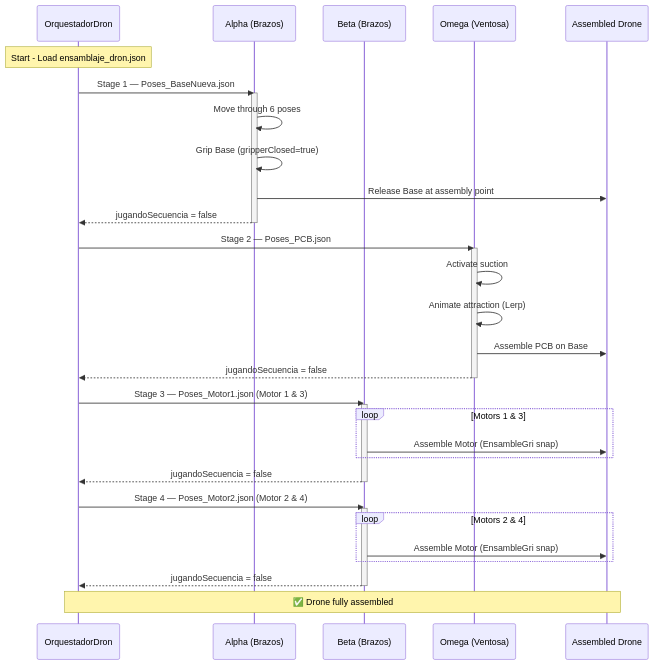
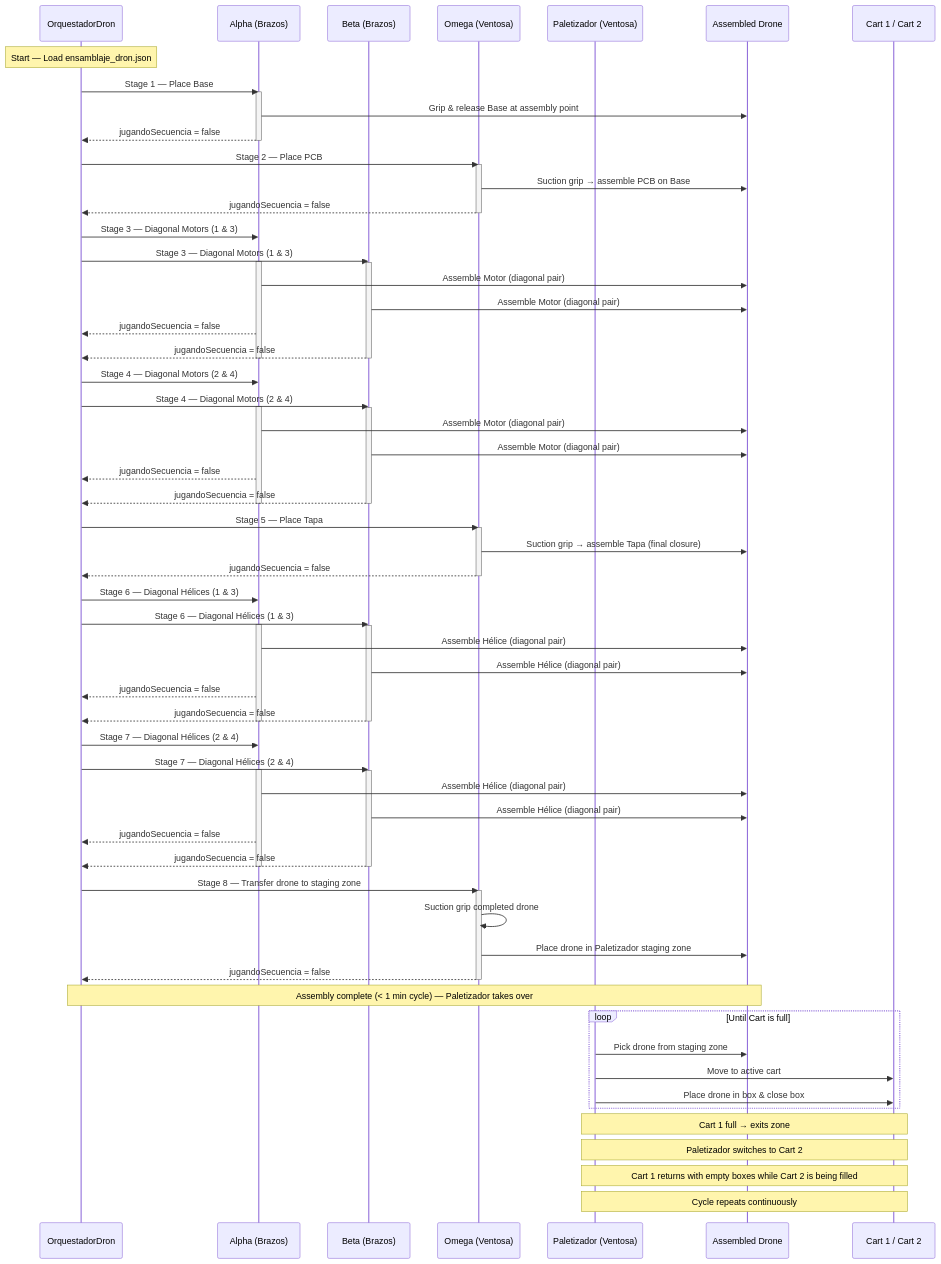
The second of 6 diagrams in README.md (jorgefajardom-coder/drone-packaging-simulation-unity), drawn with Mermaid before and after one commit. The commit also changed other lines of this file, not shown here.

````diff
--- a/README.md
+++ b/README.md
@@ -163,41 +179,91 @@
     participant A as Alpha (Brazos)
     participant B as Beta (Brazos)
     participant W as Omega (Ventosa)
+    participant P as Paletizador (Ventosa)
     participant D as Assembled Drone
-    
-    Note over O: Start - Load ensamblaje_dron.json
-    
-    O->>A: Stage 1 — Poses_BaseNueva.json
+    participant C as Cart 1 / Cart 2
+
+    Note over O: Start — Load ensamblaje_dron.json
+
+    O->>A: Stage 1 — Place Base
     activate A
-    A->>A: Move through 6 poses
-    A->>A: Grip Base (gripperClosed=true)
-    A->>D: Release Base at assembly point
+    A->>D: Grip & release Base at assembly point
     A-->>O: jugandoSecuencia = false
     deactivate A
-    
-    O->>W: Stage 2 — Poses_PCB.json
+
+    O->>W: Stage 2 — Place PCB
     activate W
-    W->>W: Activate suction
-    W->>W: Animate attraction (Lerp)
-    W->>D: Assemble PCB on Base
+    W->>D: Suction grip → assemble PCB on Base
     W-->>O: jugandoSecuencia = false
     deactivate W
-    
-    O->>B: Stage 3 — Poses_Motor1.json (Motor 1 & 3)
+
+    O->>A: Stage 3 — Diagonal Motors (1 & 3)
+    O->>B: Stage 3 — Diagonal Motors (1 & 3)
+    activate A
     activate B
-    loop Motors 1 & 3
-        B->>D: Assemble Motor (EnsambleGri snap)
+    A->>D: Assemble Motor (diagonal pair)
+    B->>D: Assemble Motor (diagonal pair)
+    A-->>O: jugandoSecuencia = false
+    B-->>O: jugandoSecuencia = false
+    deactivate A
+    deactivate B
+
+    O->>A: Stage 4 — Diagonal Motors (2 & 4)
+    O->>B: Stage 4 — Diagonal Motors (2 & 4)
+    activate A
+    activate B
+    A->>D: Assemble Motor (diagonal pair)
+    B->>D: Assemble Motor (diagonal pair)
+    A-->>O: jugandoSecuencia = false
+    B-->>O: jugandoSecuencia = false
+    deactivate A
+    deactivate B
+
+    O->>W: Stage 5 — Place Tapa
+    activate W
+    W->>D: Suction grip → assemble Tapa (final closure)
+    W-->>O: jugandoSecuencia = false
+    deactivate W
+
+    O->>A: Stage 6 — Diagonal Hélices (1 & 3)
+    O->>B: Stage 6 — Diagonal Hélices (1 & 3)
+    activate A
+    activate B
+    A->>D: Assemble Hélice (diagonal pair)
+    B->>D: Assemble Hélice (diagonal pair)
+    A-->>O: jugandoSecuencia = false
+    B-->>O: jugandoSecuencia = false
+    deactivate A
+    deactivate B
+
+    O->>A: Stage 7 — Diagonal Hélices (2 & 4)
+    O->>B: Stage 7 — Diagonal Hélices (2 & 4)
+    activate A
+    activate B
+    A->>D: Assemble Hélice (diagonal pair)
+    B->>D: Assemble Hélice (diagonal pair)
+    A-->>O: jugandoSecuencia = false
+    B-->>O: jugandoSecuencia = false
+    deactivate A
+    deactivate B
+
+    O->>W: Stage 8 — Transfer drone to staging zone
+    activate W
+    W->>W: Suction grip completed drone
+    W->>D: Place drone in Paletizador staging zone
+    W-->>O: jugandoSecuencia = false
+    deactivate W
+
+    Note over O,D: Assembly complete (< 1 min cycle) — Paletizador takes over
+
+    loop Until Cart is full
+        P->>D: Pick drone from staging zone
+        P->>C: Move to active cart
+        P->>C: Place drone in box & close box
     end
-    B-->>O: jugandoSecuencia = false
-    deactivate B
-    
-    O->>B: Stage 4 — Poses_Motor2.json (Motor 2 & 4)
-    activate B
-    loop Motors 2 & 4
-        B->>D: Assemble Motor (EnsambleGri snap)
-    end
-    B-->>O: jugandoSecuencia = false
-    deactivate B
-    
-    Note over O,D: ✅ Drone fully assembled
+
+    Note over P,C: Cart 1 full → exits zone
+    Note over P,C: Paletizador switches to Cart 2
+    Note over P,C: Cart 1 returns with empty boxes while Cart 2 is being filled
+    Note over P,C: Cycle repeats continuously
 ```
````
